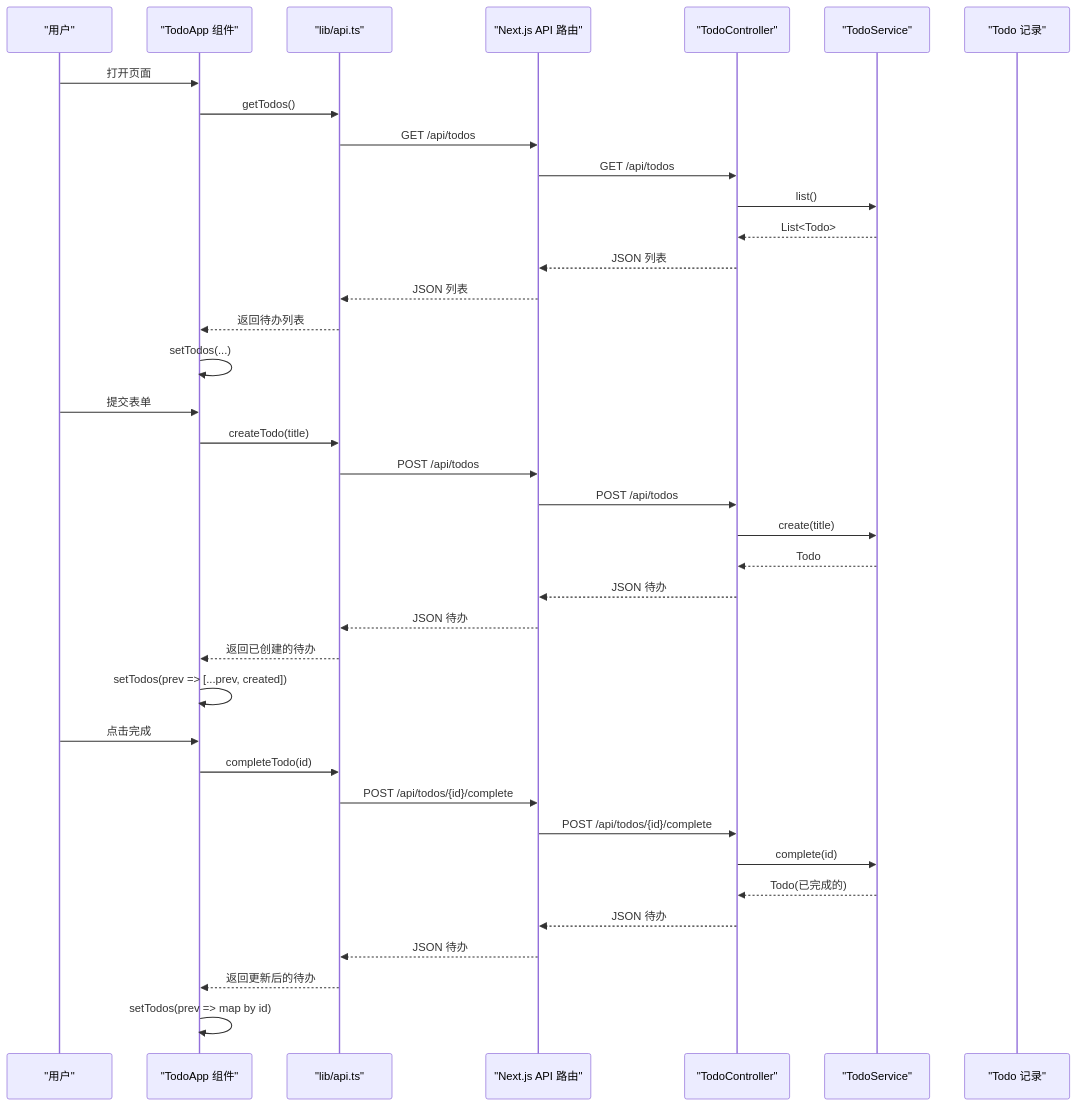
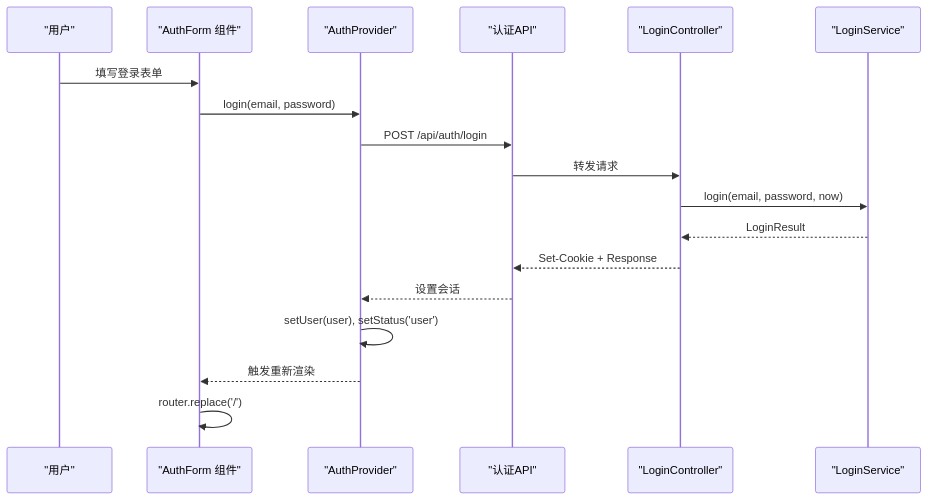
The second of 4 diagrams in .qoder/repowiki/zh/content/前端开发/Todo 组件实现.md (luyitiger6/my-first-project), drawn with Mermaid before and after one commit. The commit also changed other lines of this file and 42 other files, not shown here.

````diff
--- a/.qoder/repowiki/zh/content/前端开发/Todo 组件实现.md
+++ b/.qoder/repowiki/zh/content/前端开发/Todo 组件实现.md
@@ -83,40 +89,20 @@
 ```mermaid
 sequenceDiagram
 participant U as "用户"
-participant C as "TodoApp 组件"
-participant A as "lib/api.ts"
-participant R as "Next.js API 路由"
-participant S as "TodoController"
-participant D as "TodoService"
-participant M as "Todo 记录"
-U->>C : 打开页面
-C->>A : getTodos()
-A->>R : GET /api/todos
-R->>S : GET /api/todos
-S->>D : list()
-D-->>S : List<Todo>
-S-->>R : JSON 列表
-R-->>A : JSON 列表
-A-->>C : 返回待办列表
-C->>C : setTodos(...)
-U->>C : 提交表单
-C->>A : createTodo(title)
-A->>R : POST /api/todos
-R->>S : POST /api/todos
-S->>D : create(title)
-D-->>S : Todo
-S-->>R : JSON 待办
-R-->>A : JSON 待办
-A-->>C : 返回已创建的待办
-C->>C : setTodos(prev => [...prev, created])
-U->>C : 点击完成
-C->>A : completeTodo(id)
-A->>R : POST /api/todos/{id}/complete
-R->>S : POST /api/todos/{id}/complete
-S->>D : complete(id)
-D-->>S : Todo(已完成的)
-S-->>R : JSON 待办
-R-->>A : JSON 待办
-A-->>C : 返回更新后的待办
-C->>C : setTodos(prev => map by id)
+participant F as "AuthForm 组件"
+participant P as "AuthProvider"
+participant A as "认证API"
+participant C as "LoginController"
+participant S as "LoginService"
+U->>F : 填写登录表单
+F->>P : login(email, password)
+P->>A : POST /api/auth/login
+A->>C : 转发请求
+C->>S : login(email, password, now)
+S-->>C : LoginResult
+C-->>A : Set-Cookie + Response
+A-->>P : 设置会话
+P->>P : setUser(user), setStatus('user')
+P-->>F : 触发重新渲染
+F->>F : router.replace('/')
 ```
````
